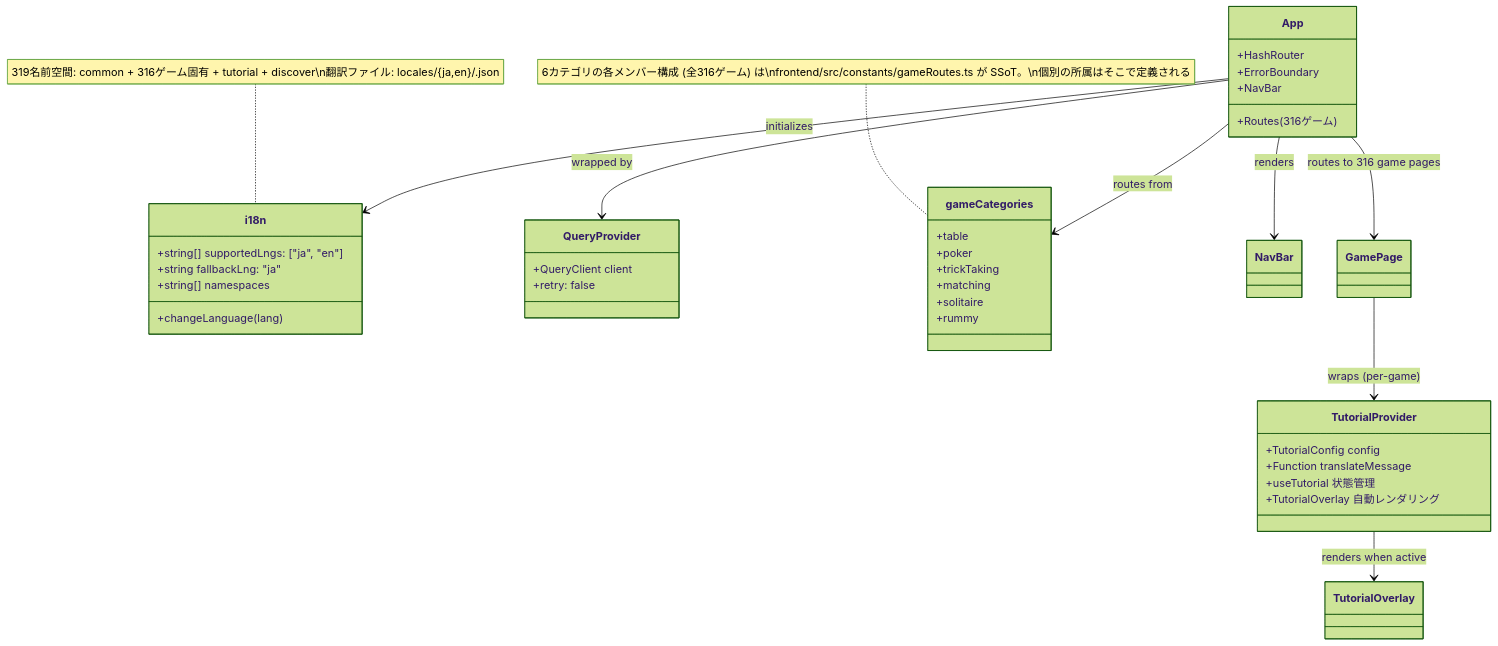
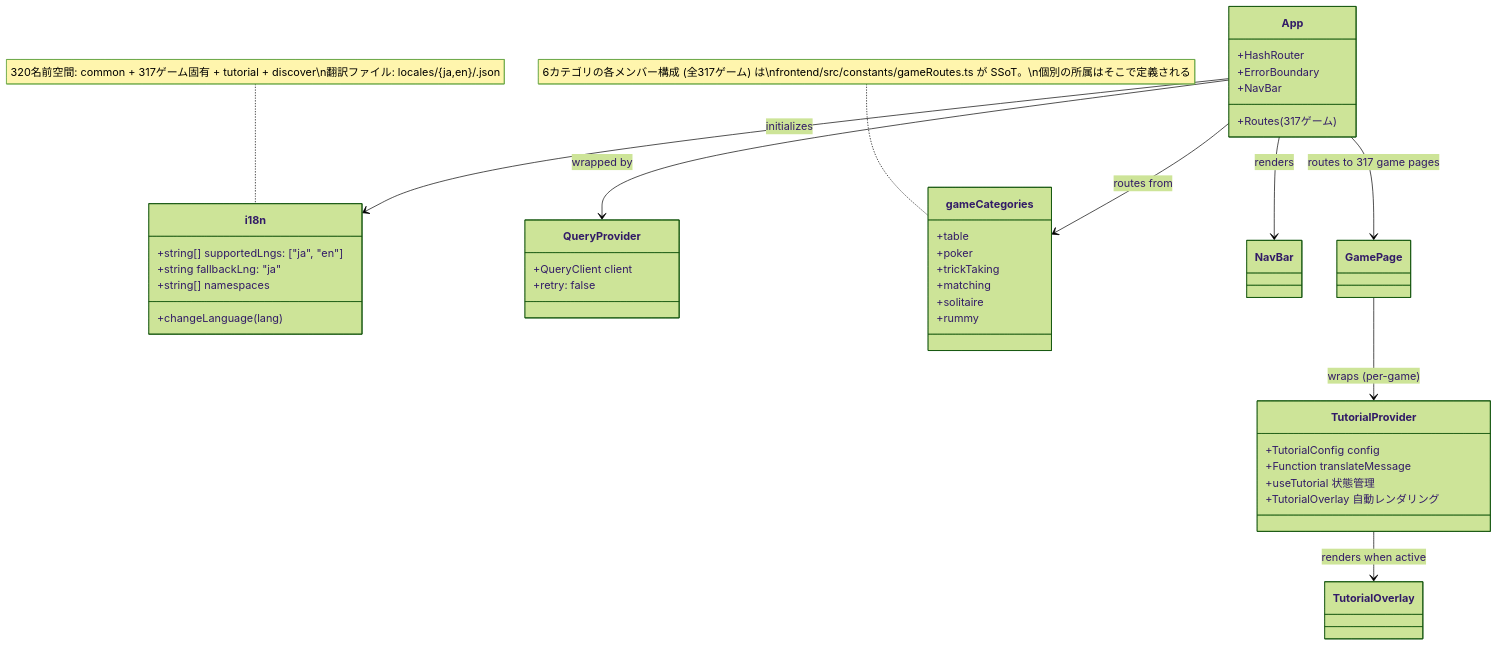
One commit to yuta-yoshinaga/go_trumpcards changed the ninth of 49 diagrams in docs/design/frontend.md. Above: the diagram before and after it, drawn with Mermaid (forest theme). The commit also changed other lines of this file and 62 other files, not shown here.

````diff
--- a/docs/design/frontend.md
+++ b/docs/design/frontend.md
@@ -1869,48 +1869,48 @@
 ```mermaid
 classDiagram
     class i18n {
         +string[] supportedLngs: ["ja", "en"]
         +string fallbackLng: "ja"
         +string[] namespaces
         +changeLanguage(lang)
     }
 
     class QueryProvider {
         +QueryClient client
         +retry: false
     }
 
     class App {
         +HashRouter
         +ErrorBoundary
         +NavBar
-        +Routes (316ゲーム)
+        +Routes (317ゲーム)
     }
 
     class gameCategories {
         +table
         +poker
         +trickTaking
         +matching
         +solitaire
         +rummy
     }
-    note for gameCategories "6カテゴリの各メンバー構成 (全316ゲーム) は\nfrontend/src/constants/gameRoutes.ts が SSoT。\n個別の所属はそこで定義される"
+    note for gameCategories "6カテゴリの各メンバー構成 (全317ゲーム) は\nfrontend/src/constants/gameRoutes.ts が SSoT。\n個別の所属はそこで定義される"
 
     class TutorialProvider {
         +TutorialConfig config
         +Function translateMessage
         +useTutorial 状態管理
         +TutorialOverlay 自動レンダリング
     }
 
     App --> QueryProvider : wrapped by
     App --> i18n : initializes
     App --> gameCategories : routes from
     App --> NavBar : renders
-    App --> GamePage : routes to 316 game pages
+    App --> GamePage : routes to 317 game pages
     GamePage --> TutorialProvider : wraps (per-game)
     TutorialProvider --> TutorialOverlay : renders when active
 
-    note for i18n "319名前空間: common + 316ゲーム固有 + tutorial + discover\n翻訳ファイル: locales/{ja,en}/<game>.json"
+    note for i18n "320名前空間: common + 317ゲーム固有 + tutorial + discover\n翻訳ファイル: locales/{ja,en}/<game>.json"
 ```
````
